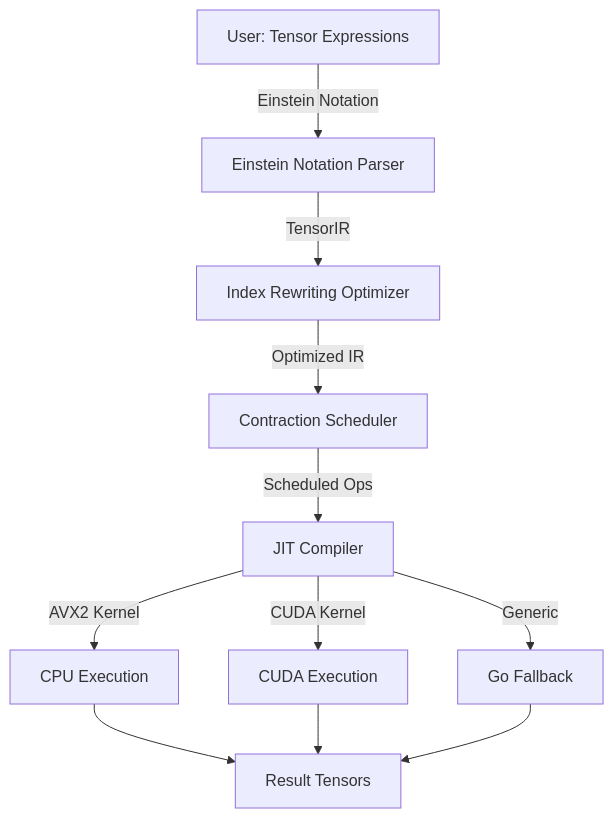
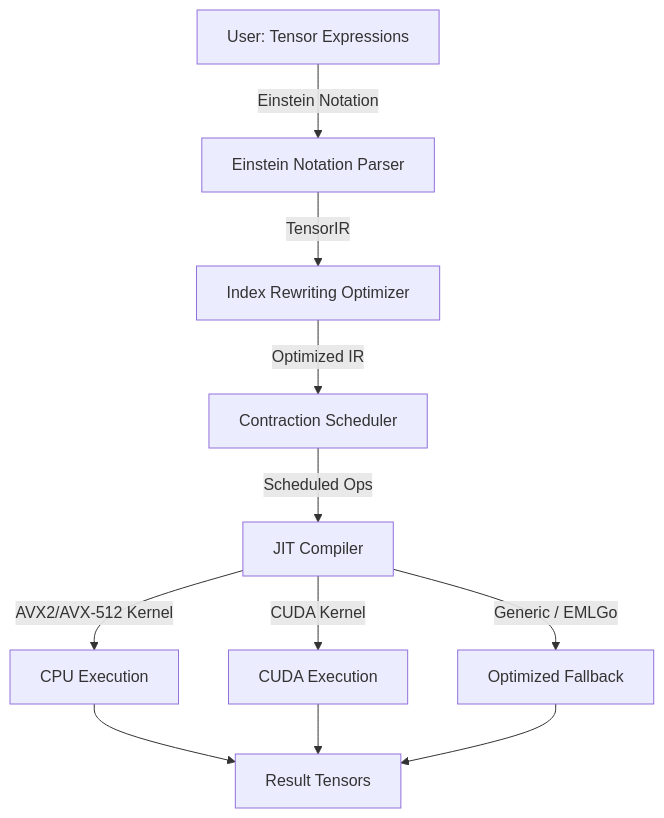
One commit to 23skdu/longbow changed the second of 3 diagrams in docs/roadmap.md. Above: the diagram before and after it, drawn with Mermaid. The commit also changed other lines of this file and 11 other files, not shown here.

````diff
--- a/docs/roadmap.md
+++ b/docs/roadmap.md
@@ -47,13 +36,13 @@
 ```mermaid
 graph TD
     UserAPI[User: Tensor Expressions] -->|Einstein Notation| Parser[Einstein Notation Parser]
     Parser -->|TensorIR| Optimizer[Index Rewriting Optimizer]
     Optimizer -->|Optimized IR| Scheduler[Contraction Scheduler]
     Scheduler -->|Scheduled Ops| JIT[JIT Compiler]
-    JIT -->|AVX2 Kernel| CPU[CPU Execution]
+    JIT -->|AVX2/AVX-512 Kernel| CPU[CPU Execution]
     JIT -->|CUDA Kernel| GPU[CUDA Execution]
-    JIT -->|Generic| Go[Go Fallback]
+    JIT -->|Generic / EMLGo| Go[Optimized Fallback]
     CPU --> Result[Result Tensors]
     GPU --> Result
     Go --> Result
 ```
````
